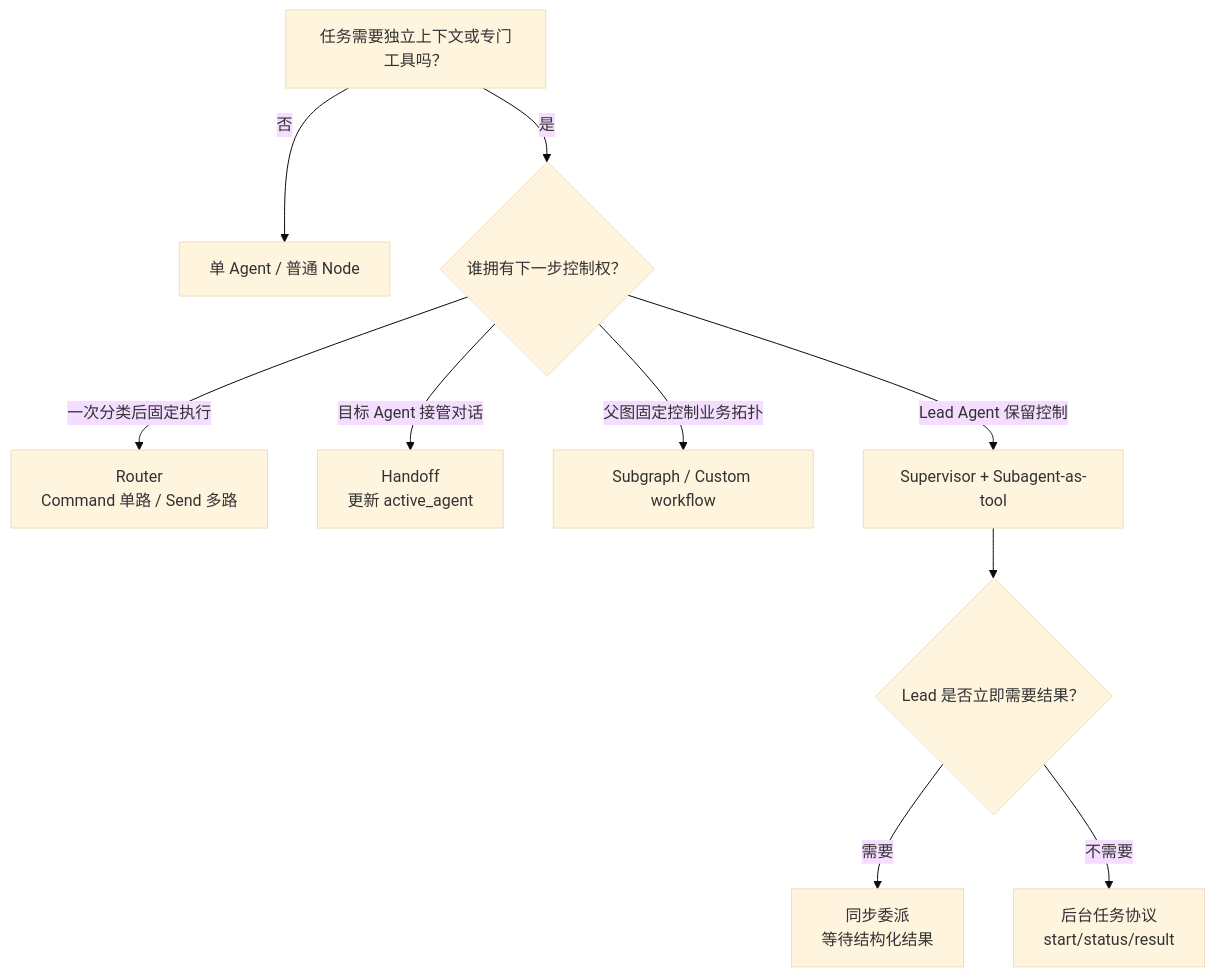
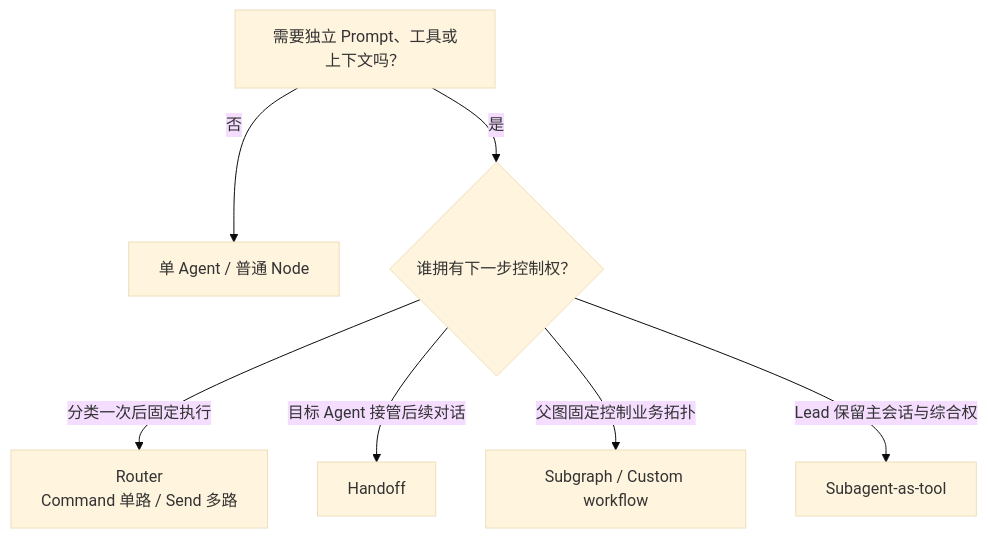
The second of 4 diagrams in docs-site/src/data/blog/11_Multi_Agent_Patterns.md (Chengyunlai/langchain-logbook), drawn with Mermaid (base theme) before and after one commit. The commit also changed other lines of this file and 5 other files, not shown here.

````diff
--- a/docs-site/src/data/blog/11_Multi_Agent_Patterns.md
+++ b/docs-site/src/data/blog/11_Multi_Agent_Patterns.md
@@ -59,12 +264,9 @@
 ```mermaid
 flowchart TD
-    Q["任务需要独立上下文或专门工具吗？"] -->|"否"| A["单 Agent / 普通 Node"]
+    Q["需要独立 Prompt、工具或上下文吗？"] -->|"否"| A["单 Agent / 普通 Node"]
     Q -->|"是"| C{"谁拥有下一步控制权？"}
-    C -->|"一次分类后固定执行"| R["Router<br/>Command 单路 / Send 多路"]
-    C -->|"目标 Agent 接管对话"| H["Handoff<br/>更新 active_agent"]
+    C -->|"分类一次后固定执行"| R["Router\nCommand 单路 / Send 多路"]
+    C -->|"目标 Agent 接管后续对话"| H["Handoff"]
     C -->|"父图固定控制业务拓扑"| G["Subgraph / Custom workflow"]
-    C -->|"Lead Agent 保留控制"| S["Supervisor + Subagent-as-tool"]
-    S --> B{"Lead 是否立即需要结果？"}
-    B -->|"需要"| SY["同步委派<br/>等待结构化结果"]
-    B -->|"不需要"| AS["后台任务协议<br/>start/status/result"]
+    C -->|"Lead 保留主会话与综合权"| S["Subagent-as-tool"]
 ```
````
